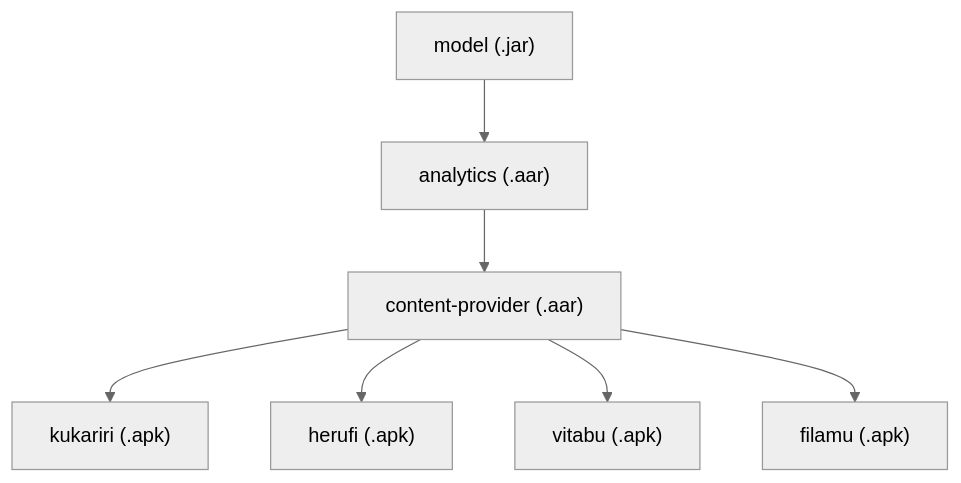
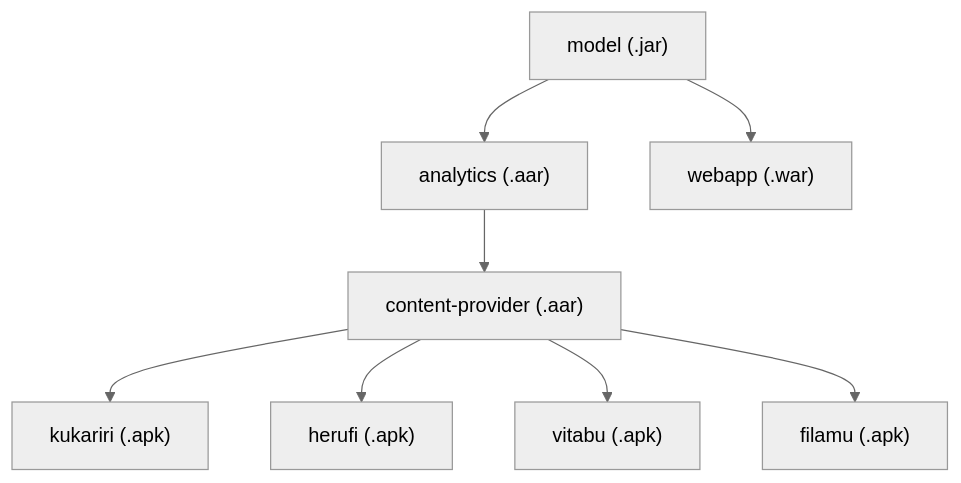
Before and after one commit to elimu-ai/wiki: the diagram in SOFTWARE_ARCHITECTURE.md, drawn with Mermaid (neutral theme).

Commit message:
docs: include webapp in library flowchart

````diff
--- a/SOFTWARE_ARCHITECTURE.md
+++ b/SOFTWARE_ARCHITECTURE.md
@@ -39,9 +39,10 @@
 ```mermaid
 flowchart TD
     model["model (.jar)"] --> analytics
+    model --> webapp["webapp (.war)"]
     analytics["analytics (.aar)"] --> content-provider
     content-provider["content-provider (.aar)"] --> kukariri["kukariri (.apk)"]
     content-provider --> herufi["herufi (.apk)"]
     content-provider --> vitabu["vitabu (.apk)"]
     content-provider --> filamu["filamu (.apk)"]
 ```
````
